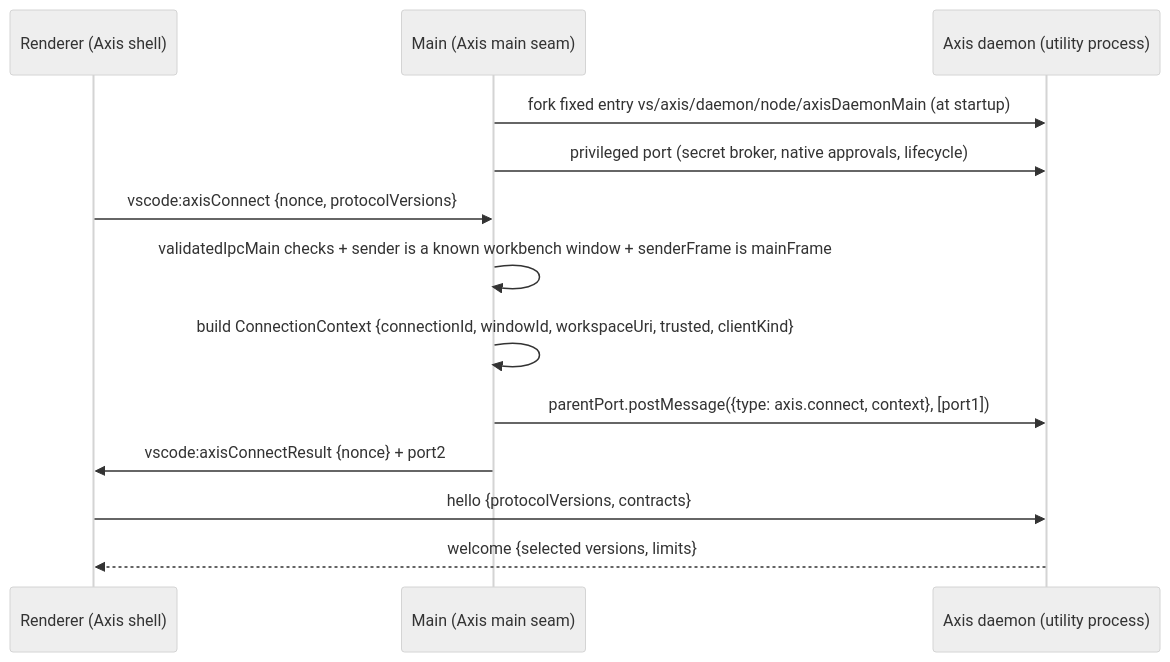
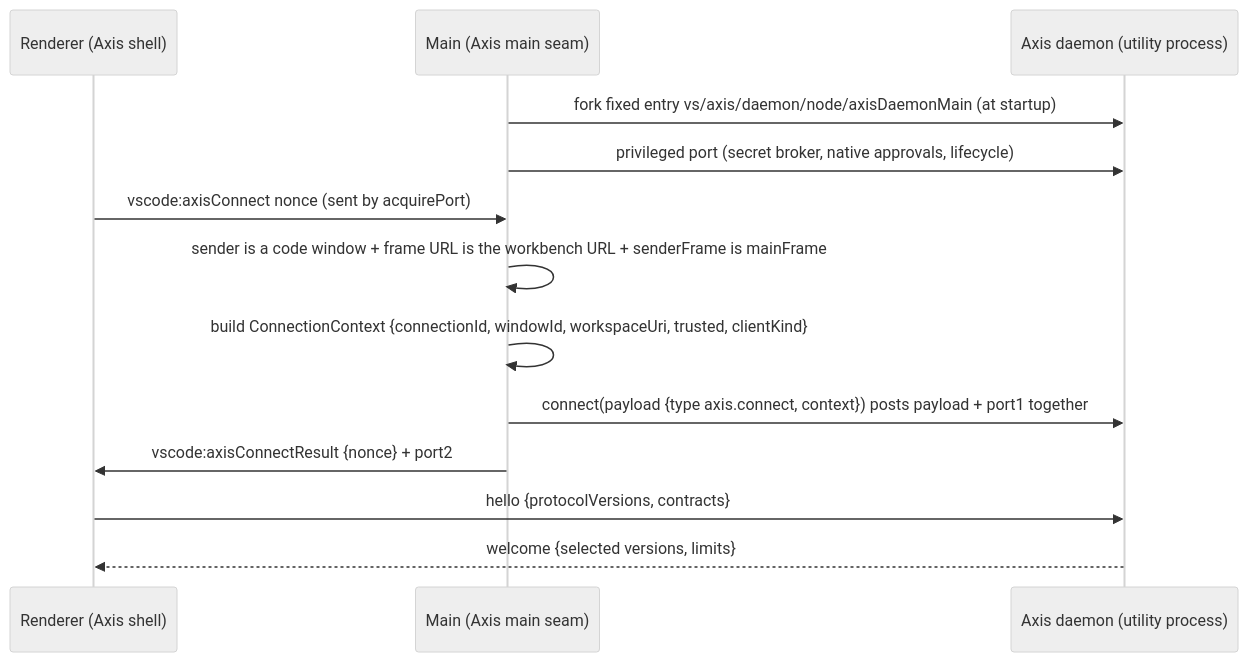
One commit to DylanLambertson/Axis changed the diagram in docs/adr/0003-electron-ipc-bridge.md. Above: the diagram before and after it, drawn with Mermaid (neutral theme). The commit also changed other lines of this file and 1 other file, not shown here.

````diff
--- a/docs/adr/0003-electron-ipc-bridge.md
+++ b/docs/adr/0003-electron-ipc-bridge.md
@@ -100,15 +100,15 @@
 ```mermaid
 sequenceDiagram
   participant R as Renderer (Axis shell)
   participant M as Main (Axis main seam)
   participant D as Axis daemon (utility process)
   M->>D: fork fixed entry vs/axis/daemon/node/axisDaemonMain (at startup)
   M->>D: privileged port (secret broker, native approvals, lifecycle)
-  R->>M: vscode:axisConnect {nonce, protocolVersions}
-  M->>M: validatedIpcMain checks + sender is a known workbench window + senderFrame is mainFrame
+  R->>M: vscode:axisConnect nonce (sent by acquirePort)
+  M->>M: sender is a code window + frame URL is the workbench URL + senderFrame is mainFrame
   M->>M: build ConnectionContext {connectionId, windowId, workspaceUri, trusted, clientKind}
-  M->>D: parentPort.postMessage({type: axis.connect, context}, [port1])
+  M->>D: connect(payload {type axis.connect, context}) posts payload + port1 together
   M->>R: vscode:axisConnectResult {nonce} + port2
   R->>D: hello {protocolVersions, contracts}
   D-->>R: welcome {selected versions, limits}
 ```
````
